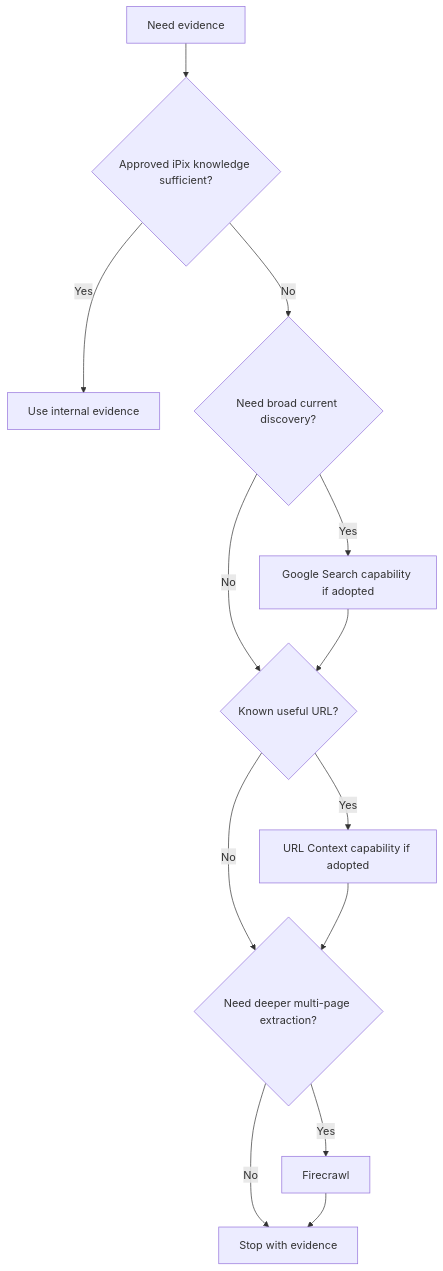
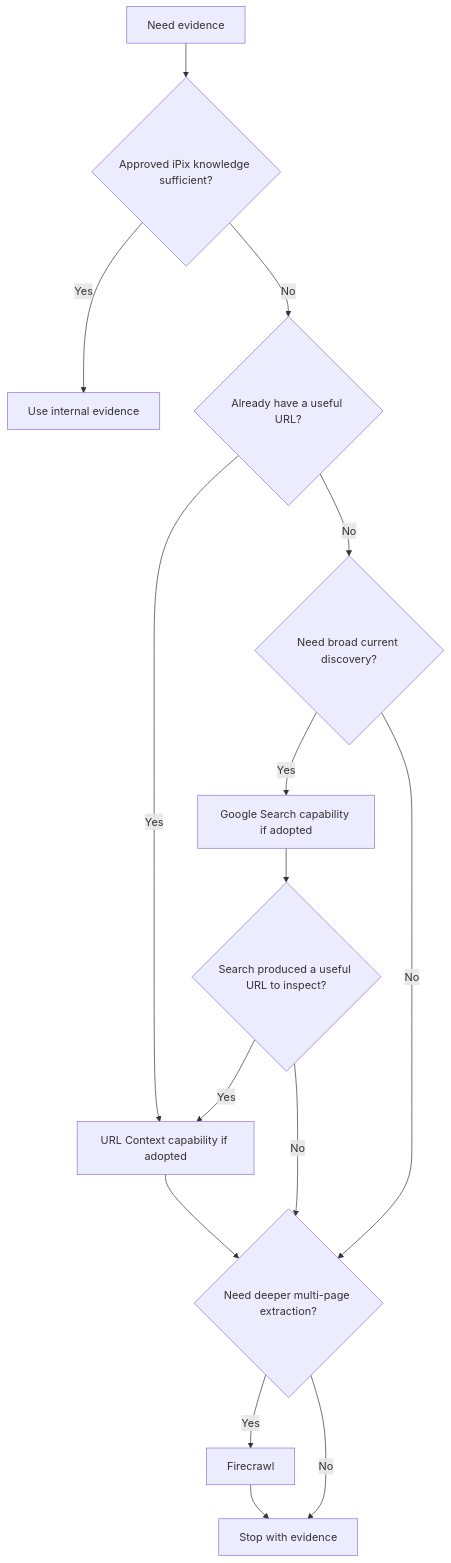
Before and after one commit to amoai-tech/ipixai: the fifth of 6 diagrams in docs/ipix-platform/00-platform/IPIX-AI-FEATURE-PATTERN.md, drawn with Mermaid. The commit also changed other lines of this file and 2 other files, not shown here.

Commit message:
docs: address AI pattern review feedback

````diff
--- a/docs/ipix-platform/00-platform/IPIX-AI-FEATURE-PATTERN.md
+++ b/docs/ipix-platform/00-platform/IPIX-AI-FEATURE-PATTERN.md
@@ -304,15 +304,17 @@
 ```mermaid
 flowchart TD
     A[Need evidence] --> B{Approved iPix knowledge sufficient?}
     B -->|Yes| Z[Use internal evidence]
-    B -->|No| C{Need broad current discovery?}
-    C -->|Yes| D[Google Search capability if adopted]
-    C -->|No| E{Known useful URL?}
-    D --> E
-    E -->|Yes| F[URL Context capability if adopted]
-    E -->|No| G{Need deeper multi-page extraction?}
+    B -->|No| C{Already have a useful URL?}
+    C -->|Yes| F[URL Context capability if adopted]
+    C -->|No| D{Need broad current discovery?}
+    D -->|Yes| S[Google Search capability if adopted]
+    D -->|No| G{Need deeper multi-page extraction?}
+    S --> E{Search produced a useful URL to inspect?}
+    E -->|Yes| F
+    E -->|No| G
     F --> G
     G -->|Yes| H[Firecrawl]
     G -->|No| I[Stop with evidence]
     H --> I
 ```
````
